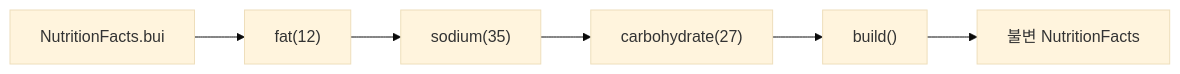
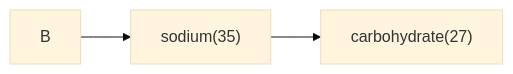
One commit to yjkim2015/yjkim2015.github.io changed the second of 5 diagrams in _posts/effective_java/2026-05-03-effective-java-object-creation.md. Above: the diagram before and after it, drawn with Mermaid (base theme). The commit also changed other lines of this file and 149 other files, not shown here.

First line of the commit message:
Mermaid 가독성 개선: 라벨 축약, 노드 축소, TD→LR 변환

````diff
--- a/_posts/effective_java/2026-05-03-effective-java-object-creation.md
+++ b/_posts/effective_java/2026-05-03-effective-java-object-creation.md
@@ -82,8 +80,5 @@
 ```mermaid
 flowchart LR
-    A["NutritionFacts.bui"] --> B["fat(12)"]
     B --> C["sodium(35)"]
     C --> D["carbohydrate(27)"]
-    D --> E["build()"]
-    E --> F["불변 NutritionFacts"]
 ```
````
